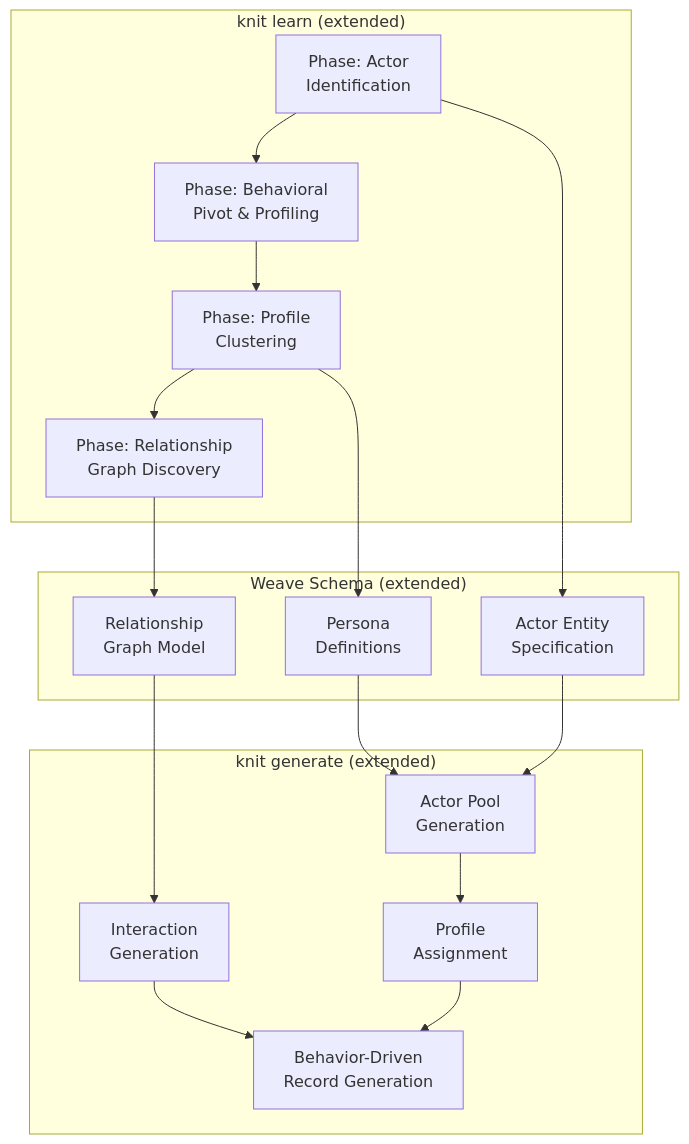
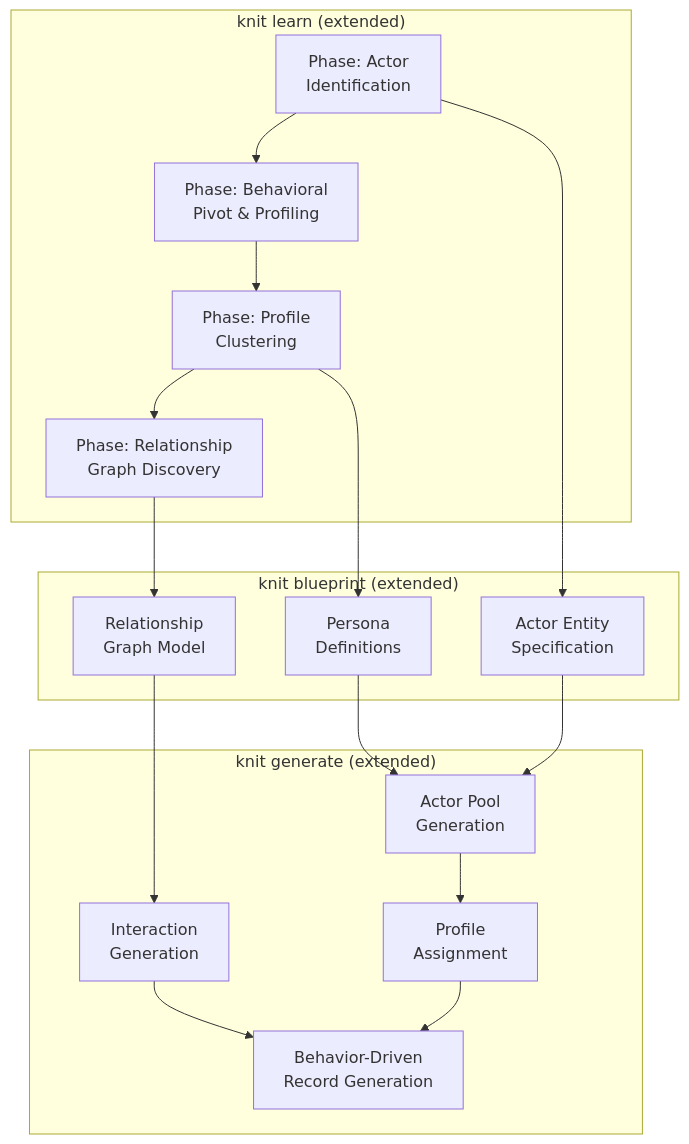
Before and after one commit to Yaming-Hub/knit: the diagram in docs/design-human-behavior.md, drawn with Mermaid. The commit also changed other lines of this file and 99 other files, not shown here.

First line of the commit message:
refactor: rename 'schema' to 'blueprint' throughout codebase (#235)

````diff
--- a/docs/design-human-behavior.md
+++ b/docs/design-human-behavior.md
@@ -86,32 +86,32 @@
 ```mermaid
 flowchart TB
     subgraph Learn["knit learn (extended)"]
         identify[Phase: Actor\nIdentification]
         pivot[Phase: Behavioral\nPivot & Profiling]
         cluster[Phase: Profile\nClustering]
         relgraph[Phase: Relationship\nGraph Discovery]
     end
 
-    subgraph Model["Weave Schema (extended)"]
+    subgraph Model["knit blueprint (extended)"]
         personas[Persona\nDefinitions]
         actorspec[Actor Entity\nSpecification]
         relmodel[Relationship\nGraph Model]
     end
 
     subgraph Generate["knit generate (extended)"]
         actorgen[Actor Pool\nGeneration]
         profileassign[Profile\nAssignment]
         behaviorgen[Behavior-Driven\nRecord Generation]
         interaction[Interaction\nGeneration]
     end
 
     identify --> pivot --> cluster --> relgraph
     cluster --> personas
     relgraph --> relmodel
     identify --> actorspec
 
     personas --> actorgen
     actorspec --> actorgen
     actorgen --> profileassign --> behaviorgen
     relmodel --> interaction --> behaviorgen
 ```
````
